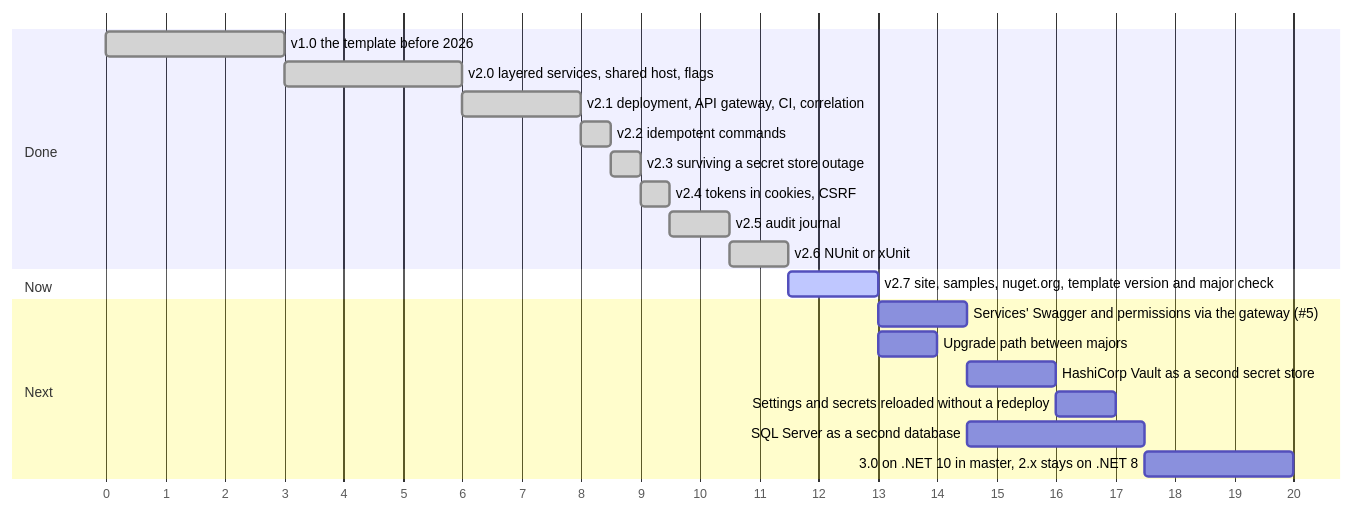
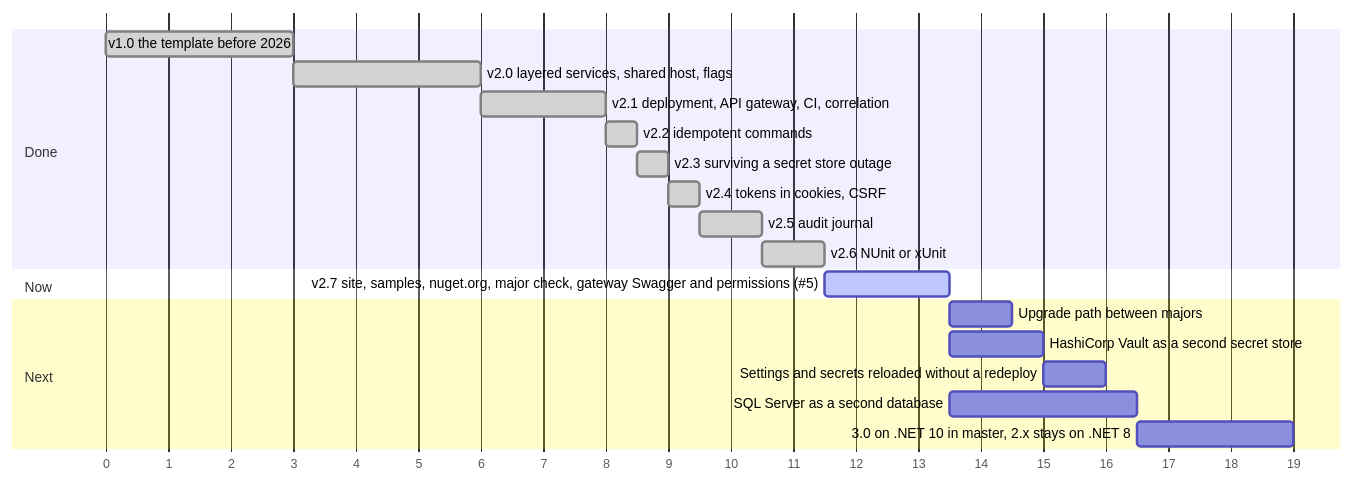
The diagram in docs/roadmap.md (Vovanda/DotNetSolutionKit), drawn with Mermaid before and after one commit. The commit also changed other lines of this file and 20 other files, not shown here.

First line of the commit message:
feat: the gateway shows the services' Swagger, and permissions can come from a separate service

````diff
--- a/docs/roadmap.md
+++ b/docs/roadmap.md
@@ -5,27 +5,26 @@
 ```mermaid
 gantt
     dateFormat X
     axisFormat %s
     tickInterval 1second
 
     section Done
     v1.0 the template before 2026                         :done, s1, 0, 3000ms
     v2.0 layered services, shared host, flags             :done, s2, after s1, 3000ms
     v2.1 deployment, API gateway, CI, correlation         :done, s3, after s2, 2000ms
     v2.2 idempotent commands                              :done, s4, after s3, 500ms
     v2.3 surviving a secret store outage                  :done, s5, after s4, 500ms
     v2.4 tokens in cookies, CSRF                          :done, s6, after s5, 500ms
     v2.5 audit journal                                    :done, s7, after s6, 1000ms
     v2.6 NUnit or xUnit                                   :done, s8, after s7, 1000ms
 
     section Now
-    v2.7 site, samples, nuget.org, template version and major check :active, s9, after s8, 1500ms
+    v2.7 site, samples, nuget.org, major check, gateway Swagger and permissions (#5) :active, s9, after s8, 2000ms
 
     section Next
-    Services' Swagger and permissions via the gateway (#5) :s10, after s9, 1500ms
     Upgrade path between majors                           :s11, after s9, 1000ms
-    HashiCorp Vault as a second secret store              :s12, after s10, 1500ms
+    HashiCorp Vault as a second secret store              :s12, after s9, 1500ms
     Settings and secrets reloaded without a redeploy      :s13, after s12, 1000ms
-    SQL Server as a second database                       :s14, after s10, 3000ms
+    SQL Server as a second database                       :s14, after s9, 3000ms
     3.0 on .NET 10 in master, 2.x stays on .NET 8         :s15, after s11 s13 s14, 2500ms
 ```
````
